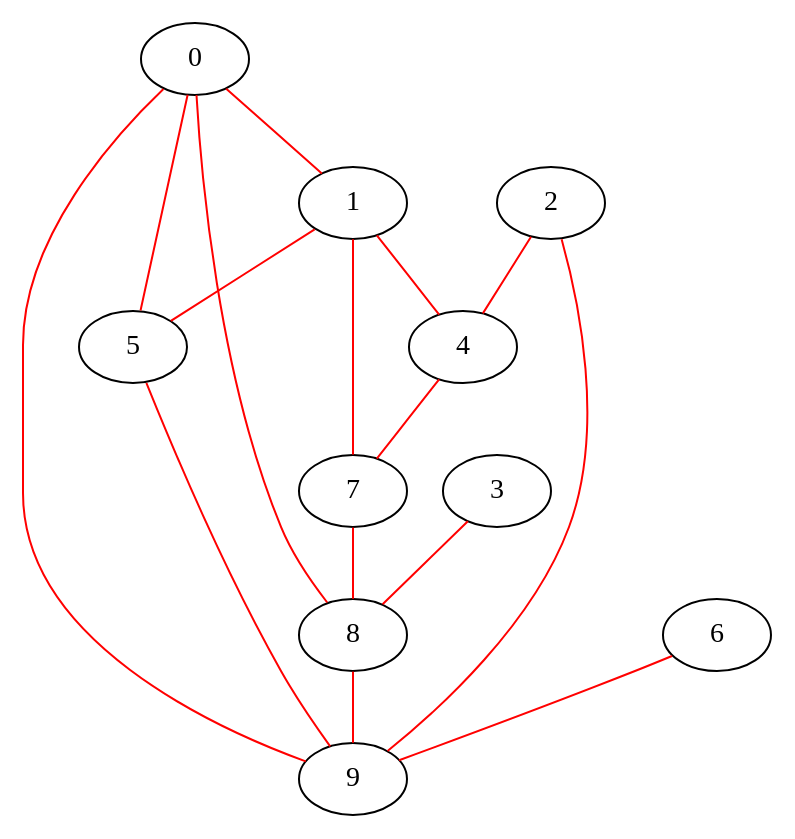
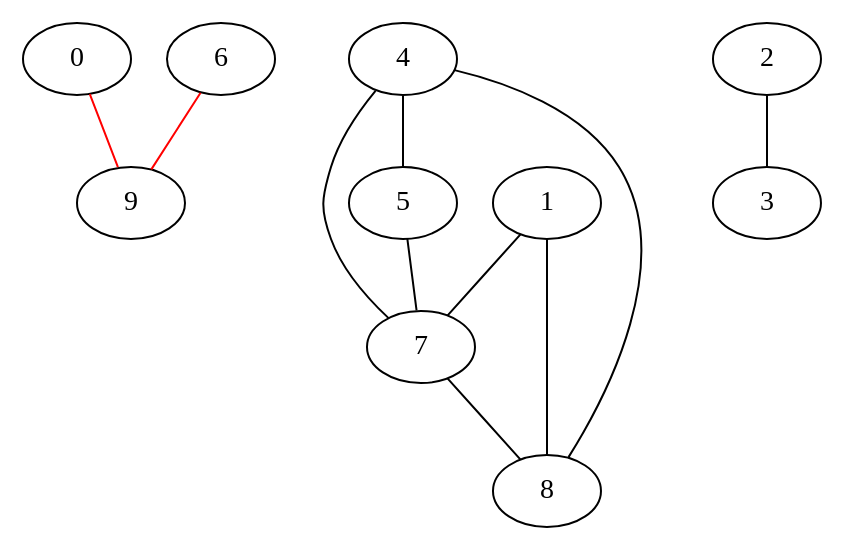
One commit to KishoreKaushal/CSLAB-MONSOON-2017 changed the diagram in longest_shortest_path/t.dot. Above: the diagram before and after it, drawn with Graphviz. The commit also changed 5 other files, not shown here.

```diff
--- a/longest_shortest_path/t.dot
+++ b/longest_shortest_path/t.dot
@@ -1,20 +1,17 @@
-graph one
+graph test3
  { 
-0 -- 1  [color=red];
-0 -- 5  [color=red];
-0 -- 8  [color=red];
 0 -- 9  [color=red];
-1 -- 4  [color=red];
-1 -- 5  [color=red];
-1 -- 7  [color=red];
-2 -- 4  [color=red];
-2 -- 9  [color=red];
-3 -- 8  [color=red];
-4 -- 7  [color=red];
-5 -- 9  [color=red];
+1 -- 7 ;
+1 -- 8 ;
+2 -- 3 ;
+3
+4 -- 5 ;
+4 -- 7 ;
+4 -- 8 ;
+5 -- 7 ;
 6 -- 9  [color=red];
-7 -- 8  [color=red];
-8 -- 9  [color=red];
+7 -- 8 ;
+8
 9
 
 }
```
